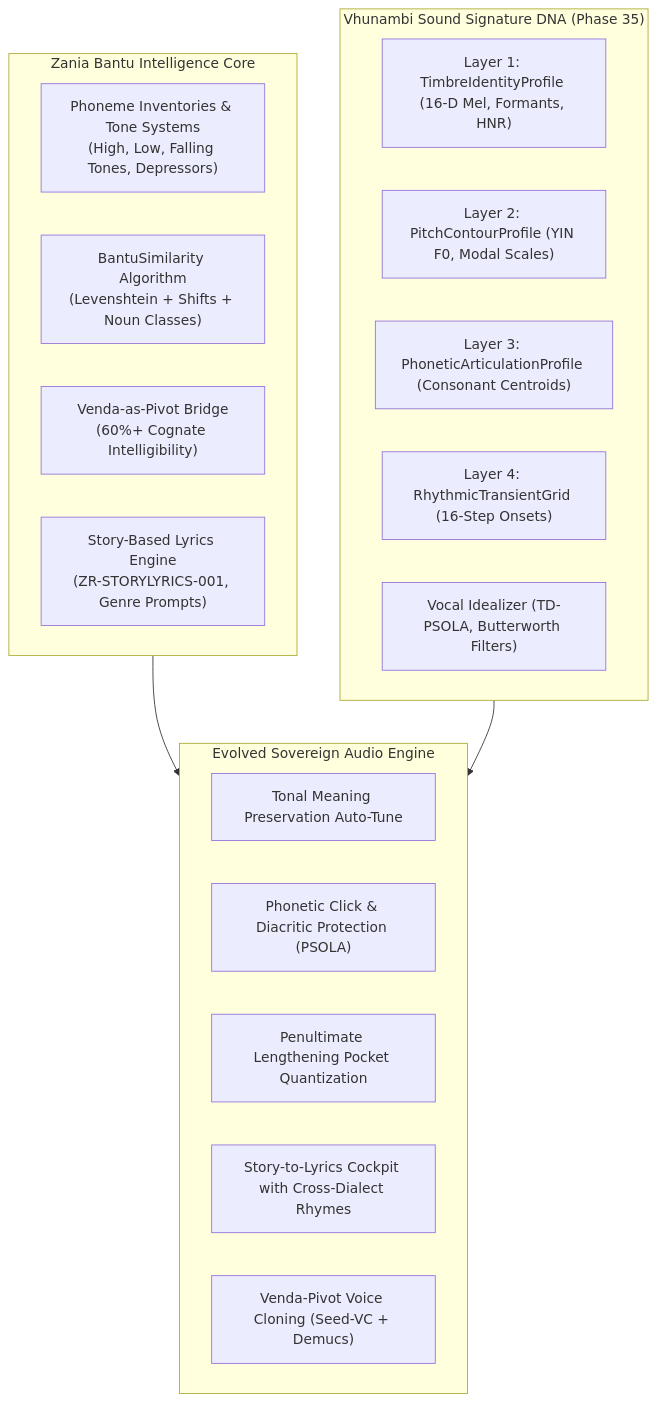
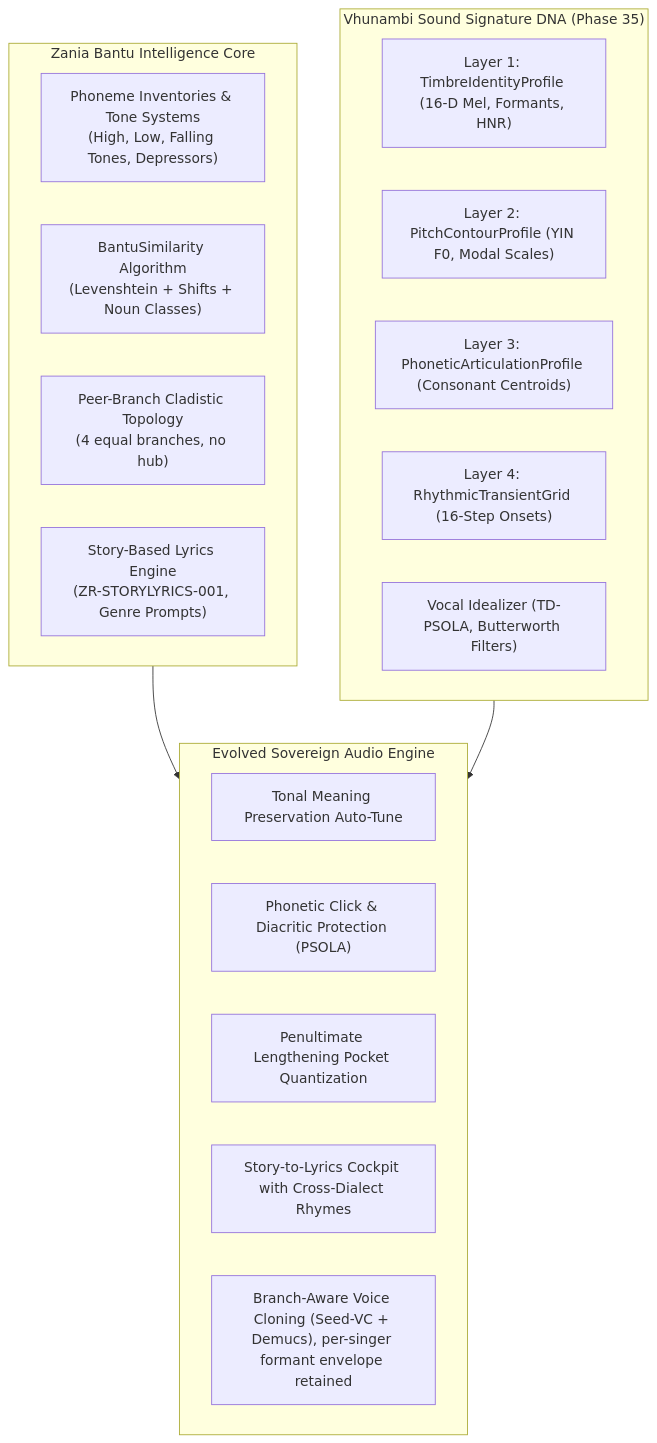
One commit to Ndugelo-Code/vhunambi changed the diagram in docs/bantu_intelligence_suite/04_VHUNAMBI_SOUND_SIGNATURE_SYNTHESIS_AND_EVOLUTION_BLUEPRINT.md. Above: the diagram before and after it, drawn with Mermaid. The commit also changed other lines of this file and 32 other files, not shown here.

First line of the commit message:
feat(phase-36): peer-branch bantu linguistic dsp, story-to-lyrics and cross-module synergy

````diff
--- a/docs/bantu_intelligence_suite/04_VHUNAMBI_SOUND_SIGNATURE_SYNTHESIS_AND_EVOLUTION_BLUEPRINT.md
+++ b/docs/bantu_intelligence_suite/04_VHUNAMBI_SOUND_SIGNATURE_SYNTHESIS_AND_EVOLUTION_BLUEPRINT.md
@@ -21,28 +21,28 @@
 ```mermaid
 flowchart TD
     subgraph ZaniaLinguistic["Zania Bantu Intelligence Core"]
         Phonology["Phoneme Inventories & Tone Systems<br/>(High, Low, Falling Tones, Depressors)"]
         Similarity["BantuSimilarity Algorithm<br/>(Levenshtein + Shifts + Noun Classes)"]
-        Pivot["Venda-as-Pivot Bridge<br/>(60%+ Cognate Intelligibility)"]
+        PeerBranches["Peer-Branch Cladistic Topology<br/>(4 equal branches, no hub)"]
         StoryToLyrics["Story-Based Lyrics Engine<br/>(ZR-STORYLYRICS-001, Genre Prompts)"]
     end
 
     subgraph VhunambiDSP["Vhunambi Sound Signature DNA (Phase 35)"]
         Layer1["Layer 1: TimbreIdentityProfile (16-D Mel, Formants, HNR)"]
         Layer2["Layer 2: PitchContourProfile (YIN F0, Modal Scales)"]
         Layer3["Layer 3: PhoneticArticulationProfile (Consonant Centroids)"]
         Layer4["Layer 4: RhythmicTransientGrid (16-Step Onsets)"]
         Idealizer["Vocal Idealizer (TD-PSOLA, Butterworth Filters)"]
     end
 
     subgraph UnifiedEvolution["Evolved Sovereign Audio Engine"]
         ToneGuard["Tonal Meaning Preservation Auto-Tune"]
         BantuProtection["Phonetic Click & Diacritic Protection (PSOLA)"]
         CadenceSync["Penultimate Lengthening Pocket Quantization"]
         CognateLyrics["Story-to-Lyrics Cockpit with Cross-Dialect Rhymes"]
-        CloudCloning["Venda-Pivot Voice Cloning (Seed-VC + Demucs)"]
+        CloudCloning["Branch-Aware Voice Cloning (Seed-VC + Demucs), per-singer formant envelope retained"]
     end
 
     ZaniaLinguistic --> UnifiedEvolution
     VhunambiDSP --> UnifiedEvolution
 ```
````
